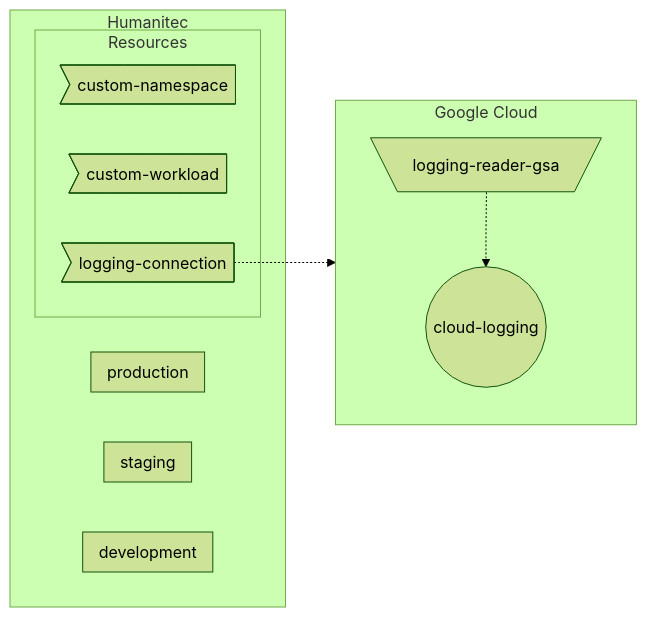
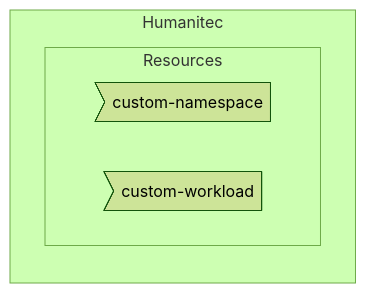
One commit to mathieu-benoit/hello-humanitec changed the diagram in docs/common.md. Above: the diagram before and after it, drawn with Mermaid (forest theme). The commit also changed other lines of this file and 2 other files, not shown here.

````diff
--- a/docs/common.md
+++ b/docs/common.md
@@ -3,23 +6,9 @@
 ```mermaid
 flowchart LR
   subgraph Humanitec
-    subgraph development
-    end
-    subgraph staging
-    end
-    subgraph production
-    end
     subgraph Resources
         custom-namespace>custom-namespace]
         custom-workload>custom-workload]
-	logging-connection>logging-connection]
     end
   end
-  subgraph Google Cloud
-    direction TB
-    logging-reader-gsa[\logging-reader-gsa/]
-    cloud-logging((cloud-logging))
-  end
-  logging-connection-.->logging-reader-gsa
-  logging-reader-gsa-.->cloud-logging
 ```
````
